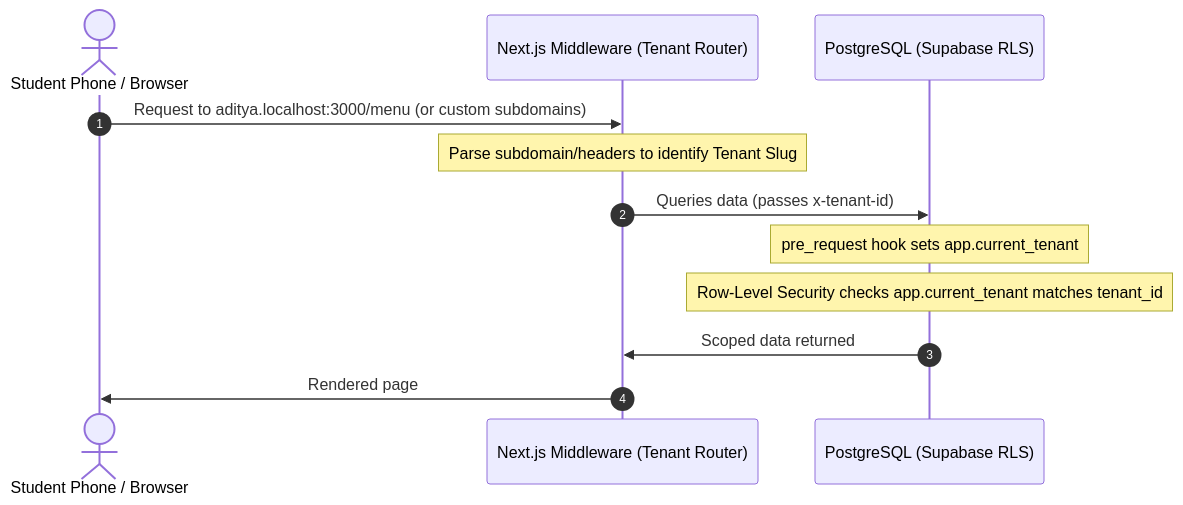
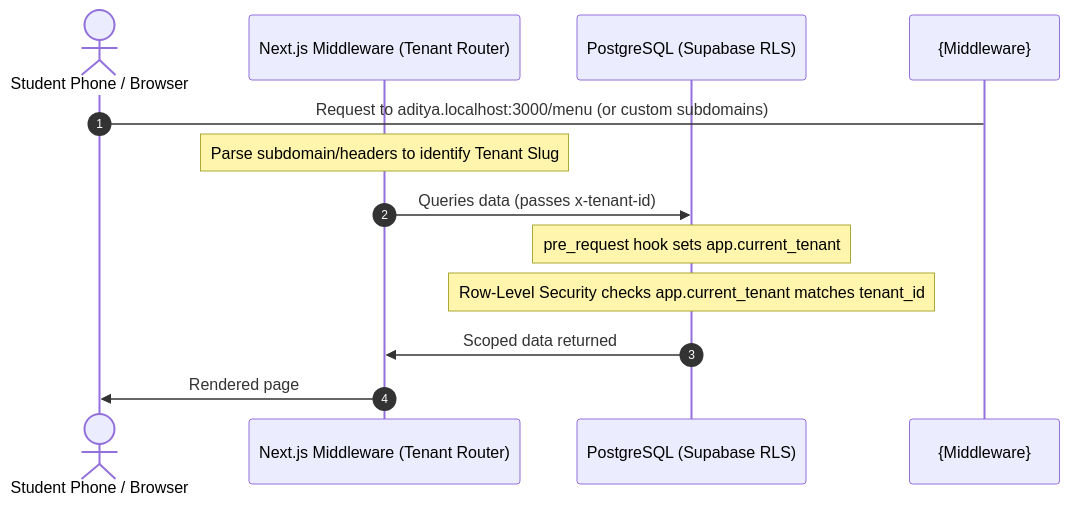
One commit to thribhuvan003/Tray changed the diagram in README.md. Above: the diagram before and after it, drawn with Mermaid. The commit also changed other lines of this file, not shown here.

````diff
--- a/README.md
+++ b/README.md
@@ -14,15 +33,15 @@
 ```mermaid
 sequenceDiagram
     autonumber
     actor Client as Student Phone / Browser
     participant Middleware as Next.js Middleware (Tenant Router)
     participant Database as PostgreSQL (Supabase RLS)
 
-    Client->>Middleware: Request to aditya.localhost:3000/menu (or custom subdomains)
+    Client->{Middleware}: Request to aditya.localhost:3000/menu (or custom subdomains)
     Note over Middleware: Parse subdomain/headers to identify Tenant Slug
     Middleware->>Database: Queries data (passes x-tenant-id)
     Note over Database: pre_request hook sets app.current_tenant
     Note over Database: Row-Level Security checks app.current_tenant matches tenant_id
     Database->>Middleware: Scoped data returned
     Middleware->>Client: Rendered page
 ```
````
